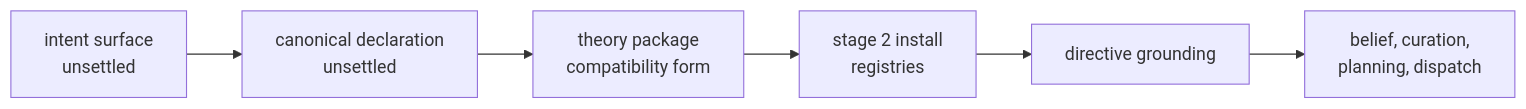
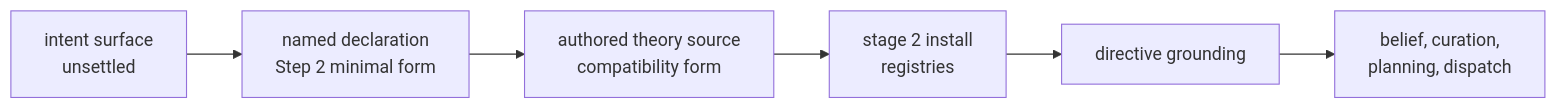
Before and after one commit to JerkyTreats/meld: the diagram in design/plan/integration/pds_theory_runtime_layer.md, drawn with Mermaid. The commit also changed other lines of this file and 86 other files, not shown here.

First line of the commit message:
feat(theory): activate named declarations from durable theory

````diff
--- a/design/plan/integration/pds_theory_runtime_layer.md
+++ b/design/plan/integration/pds_theory_runtime_layer.md
@@ -39,8 +42,8 @@
 ```mermaid
 flowchart LR
-    intent["intent surface<br/>unsettled"] --> decl["canonical declaration<br/>unsettled"]
-    decl --> pkg["theory package<br/>compatibility form"]
+    intent["intent surface<br/>unsettled"] --> decl["named declaration<br/>Step 2 minimal form"]
+    decl --> pkg["authored theory source<br/>compatibility form"]
     pkg --> install["stage 2 install<br/>registries"]
     install --> ground["directive grounding"]
     ground --> runtime["belief, curation,<br/>planning, dispatch"]
 ```
````
